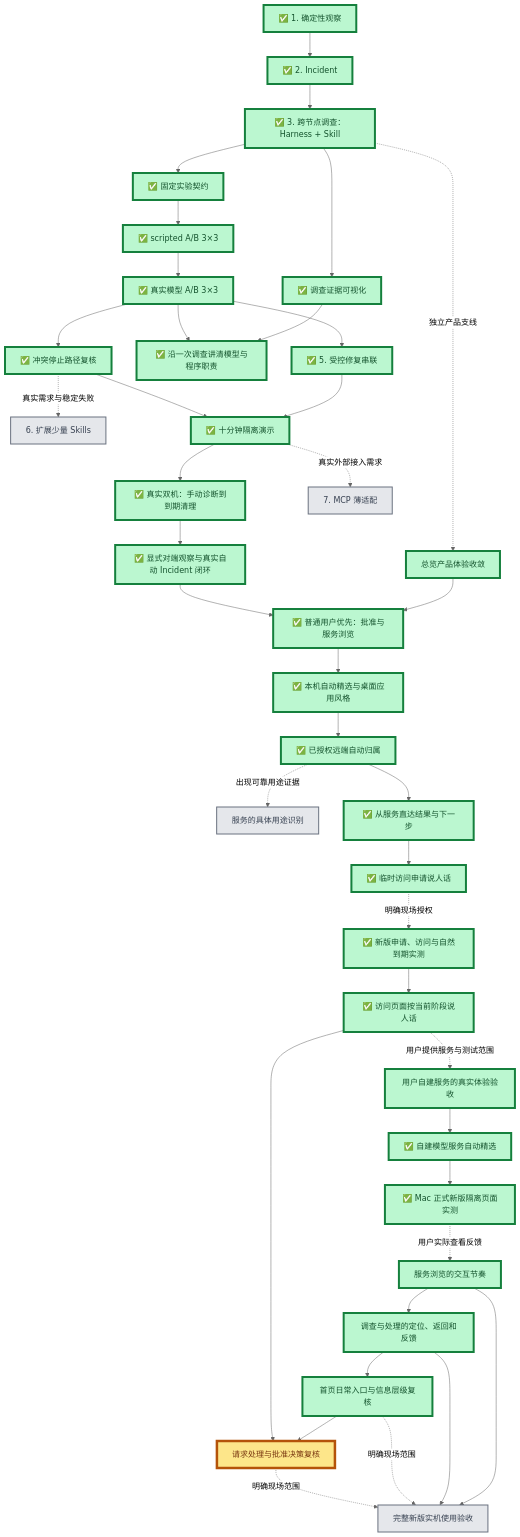
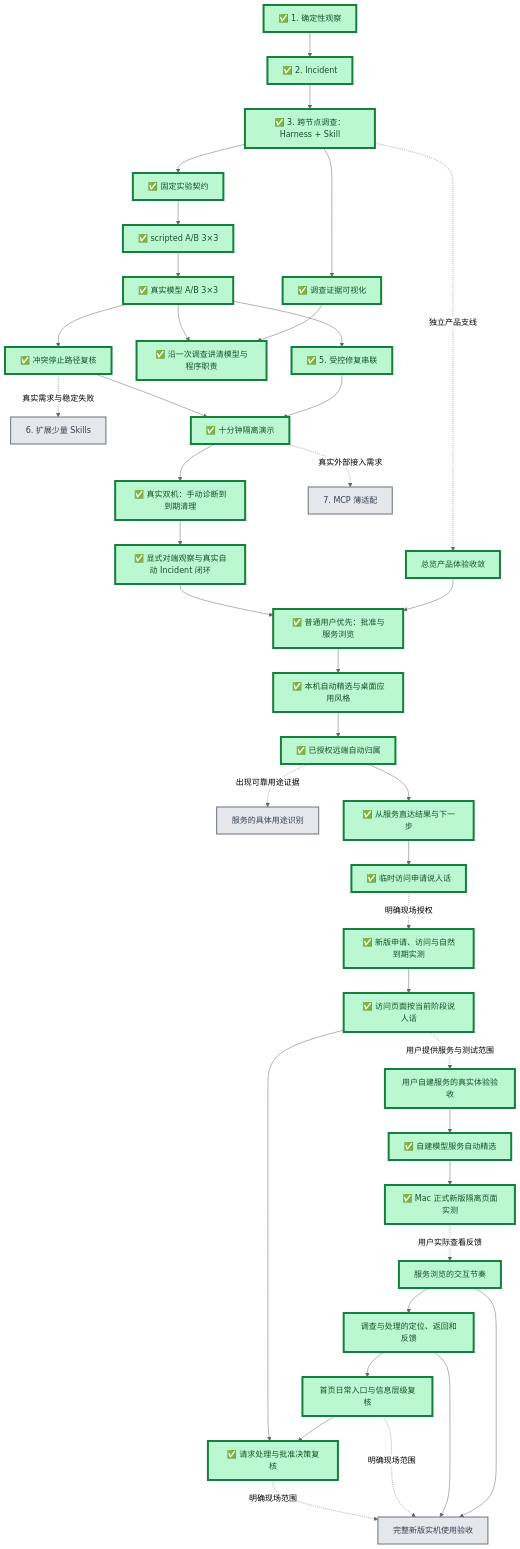
Before and after one commit to Sugarfarmeriod/TunnelMinion: the first of 2 diagrams in docs/project/roadmap.md, drawn with Mermaid (neutral theme). The commit also changed other lines of this file and 5 other files, not shown here.

````diff
--- a/docs/project/roadmap.md
+++ b/docs/project/roadmap.md
@@ -8,70 +8,70 @@
 ```mermaid
 flowchart TB
     A["✅ 1. 确定性观察"] --> B["✅ 2. Incident"]
     B --> C["✅ 3. 跨节点调查：Harness + Skill"]
 
     C --> D1["✅ 固定实验契约"]
     D1 --> D2["✅ scripted A/B 3×3"]
     D2 --> D3["✅ 真实模型 A/B 3×3"]
 
     D3 --> E["✅ 5. 受控修复串联"]
     C --> V["✅ 调查证据可视化"]
     V --> W["✅ 沿一次调查讲清模型与程序职责"]
     D3 --> W
     D3 --> F["✅ 冲突停止路径复核"]
     F -.真实需求与稳定失败.-> K["6. 扩展少量 Skills"]
     E --> H["✅ 十分钟隔离演示"]
     F --> H
     H --> R["✅ 真实双机：手动诊断到到期清理"]
     R --> I["✅ 显式对端观察与真实自动 Incident 闭环"]
     H -.真实外部接入需求.-> G["7. MCP 薄适配"]
 
     C -.独立产品支线.-> U["总览产品体验收敛"]
     U --> P["✅ 普通用户优先：批准与服务浏览"]
     I --> P
     P --> Q["✅ 本机自动精选与桌面应用风格"]
     Q --> Q2["✅ 已授权远端自动归属"]
     Q2 -.出现可靠用途证据.-> Q3["服务的具体用途识别"]
     Q2 --> Q4["✅ 从服务直达结果与下一步"]
     Q4 --> Q5["✅ 临时访问申请说人话"]
     Q5 -.明确现场授权.-> Q6["✅ 新版申请、访问与自然到期实测"]
     Q6 --> Q7["✅ 访问页面按当前阶段说人话"]
     Q7 -.用户提供服务与测试范围.-> Q8["用户自建服务的真实体验验收"]
     Q8 --> Q9["✅ 自建模型服务自动精选"]
     Q9 --> Q10["✅ Mac 正式新版隔离页面实测"]
     Q10 -.用户实际查看反馈.-> Q11["服务浏览的交互节奏"]
     Q11 --> Q12["调查与处理的定位、返回和反馈"]
     Q12 --> Q13["首页日常入口与信息层级复核"]
-    Q13 --> Q15["请求处理与批准决策复核"]
+    Q13 --> Q15["✅ 请求处理与批准决策复核"]
     Q7 --> Q15
     Q11 --> Q14["完整新版实机使用验收"]
     Q12 --> Q14
     Q13 -.明确现场范围.-> Q14
     Q15 -.明确现场范围.-> Q14
 
     classDef done fill:#bbf7d0,stroke:#15803d,stroke-width:4px,color:#14532d;
     classDef current fill:#fde68a,stroke:#b45309,stroke-width:5px,color:#78350f;
     classDef next fill:#bfdbfe,stroke:#1d4ed8,stroke-width:3px,color:#1e3a8a;
     classDef later fill:#e5e7eb,stroke:#6b7280,stroke-width:2px,color:#374151;
     class A,B,C,D1,D2,D3,E,F,H,R,V done;
     class U done;
     class W done;
     class I done;
     class G,K later;
     class P done;
     class Q done;
     class Q2 done;
     class Q3 later;
     class Q4 done;
     class Q5 done;
     class Q6 done;
     class Q7 done;
     class Q8 done;
     class Q9 done;
     class Q10 done;
     class Q11 done;
     class Q12 done;
     class Q13 done;
     class Q14 later;
-    class Q15 current;
+    class Q15 done;
 ```
````
